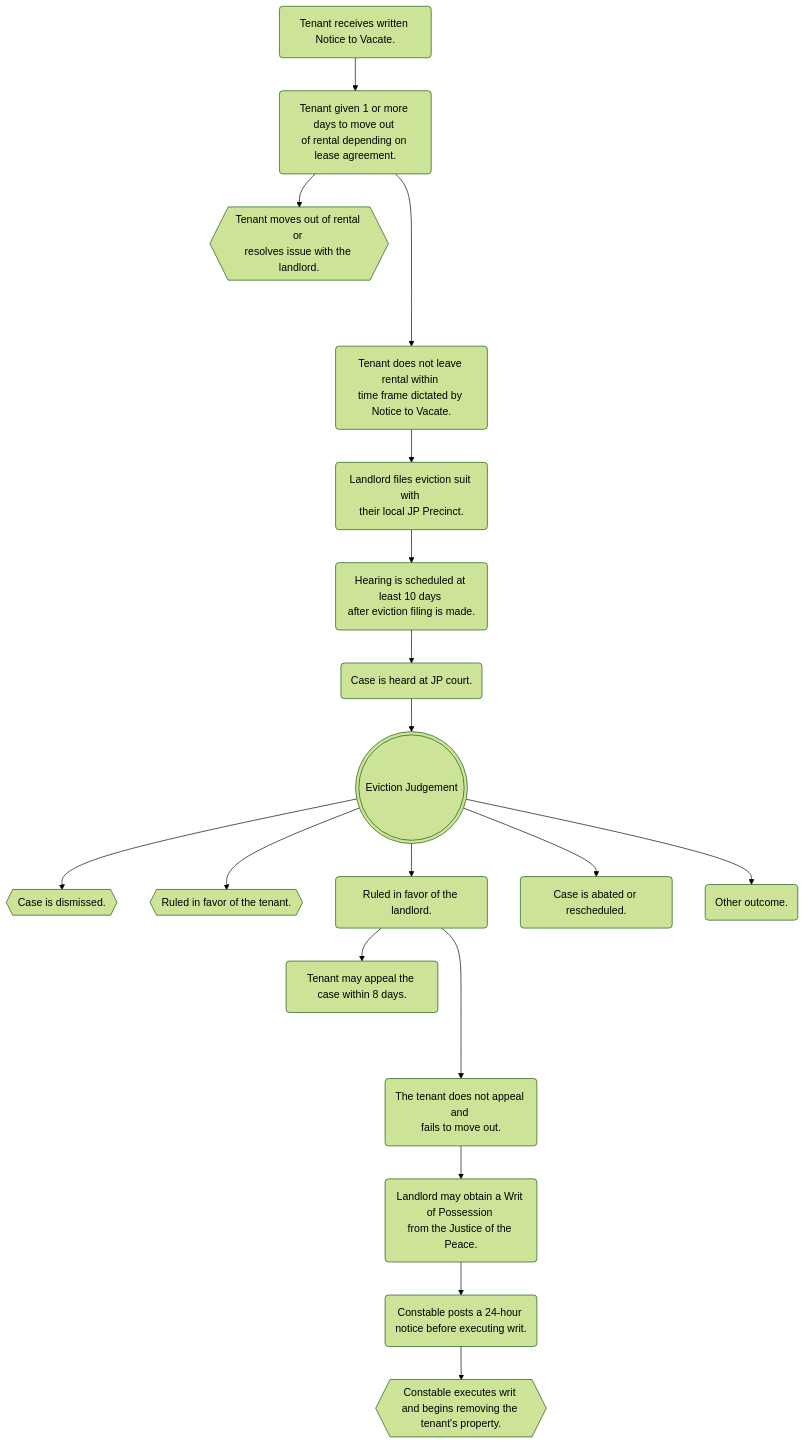
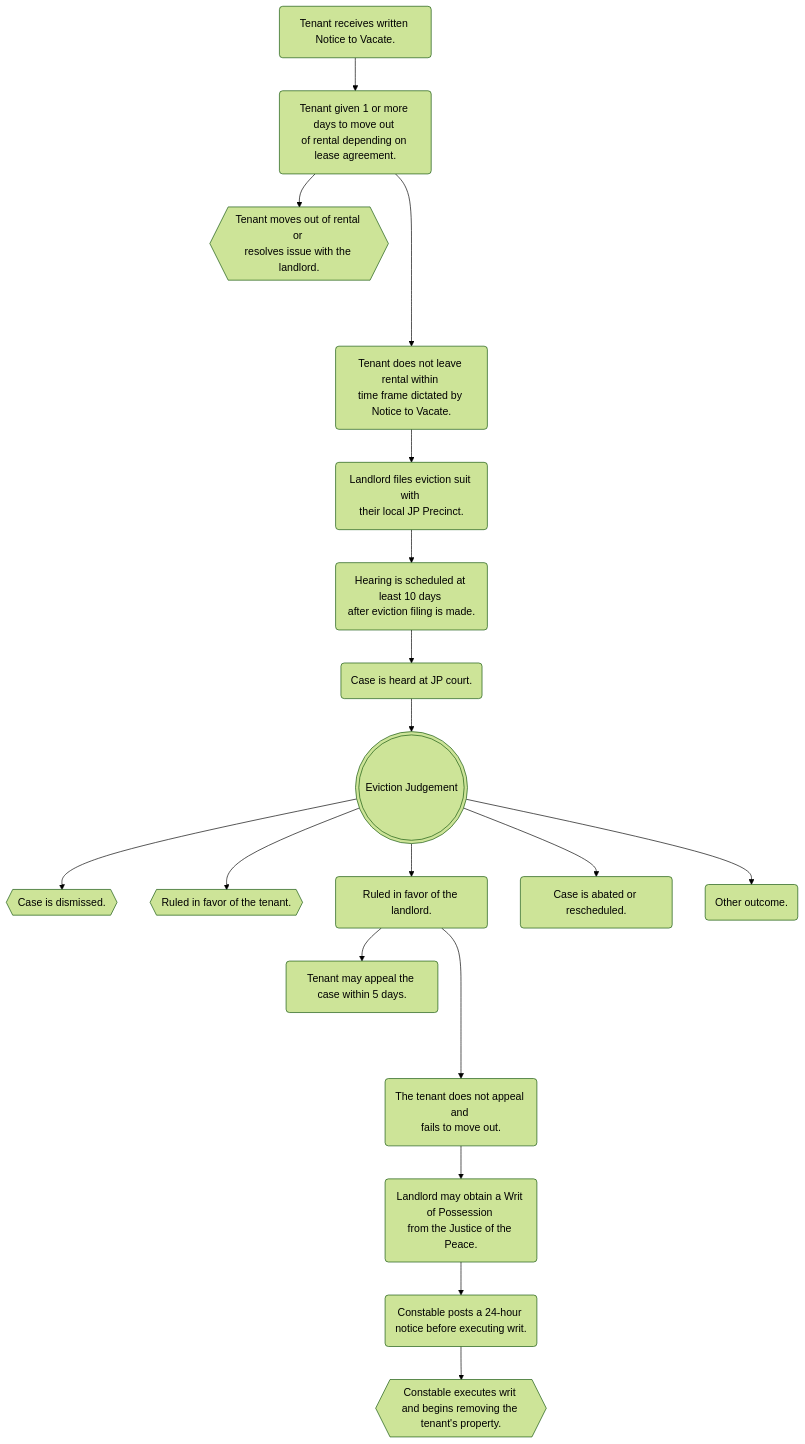
Before and after one commit to childpovertyactionlab/eviction-court-observations: the diagram in index.qmd, drawn with Mermaid (forest theme). The commit also changed 2 other files, not shown here.

Commit message:
typo in flow chart

````diff
--- a/index.qmd
+++ b/index.qmd
@@ -330,22 +330,22 @@
 ```{mermaid}
 %%| fig-width: 9
 %%| fig-height: 12
 flowchart TD
   A(Tenant receives written Notice to Vacate.) --> B(Tenant given 1 or more days to move out <br>of rental depending on lease agreement.);
   B --> C{{Tenant moves out of rental or <br>resolves issue with the landlord.}}
   B ----> D(Tenant does not leave rental within <br>time frame dictated by Notice to Vacate.)
   D --> E(Landlord files eviction suit with <br>their local JP Precinct.)
   E --> F(Hearing is scheduled at least 10 days <br>after eviction filing is made.)
   F --> G(Case is heard at JP court.)
   G --> H(((Eviction Judgement)))
   H --> I{{Case is dismissed.}}
   H --> J{{Ruled in favor of the tenant.}}
   H --> K(Ruled in favor of the landlord.)
   H --> L(Case is abated or rescheduled.)
   H --> M(Other outcome.)
-  K --> N(Tenant may appeal the case within 8 days.)
+  K --> N(Tenant may appeal the case within 5 days.)
   K ----> O(The tenant does not appeal and <br>fails to move out.)
   O --> P(Landlord may obtain a Writ of Possession <br>from the Justice of the Peace.)
   P --> Q(Constable posts a 24-hour notice before executing writ.)
   Q --> R{{Constable executes writ and begins removing the tenant's property.}}
 ```
````
